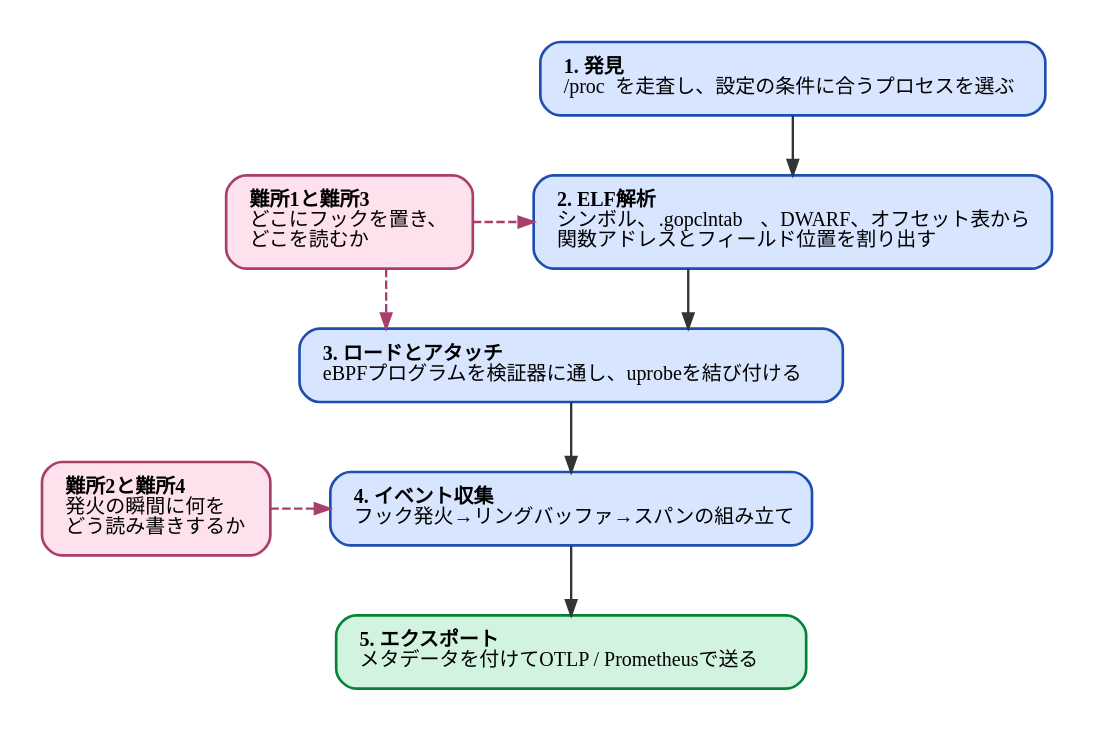
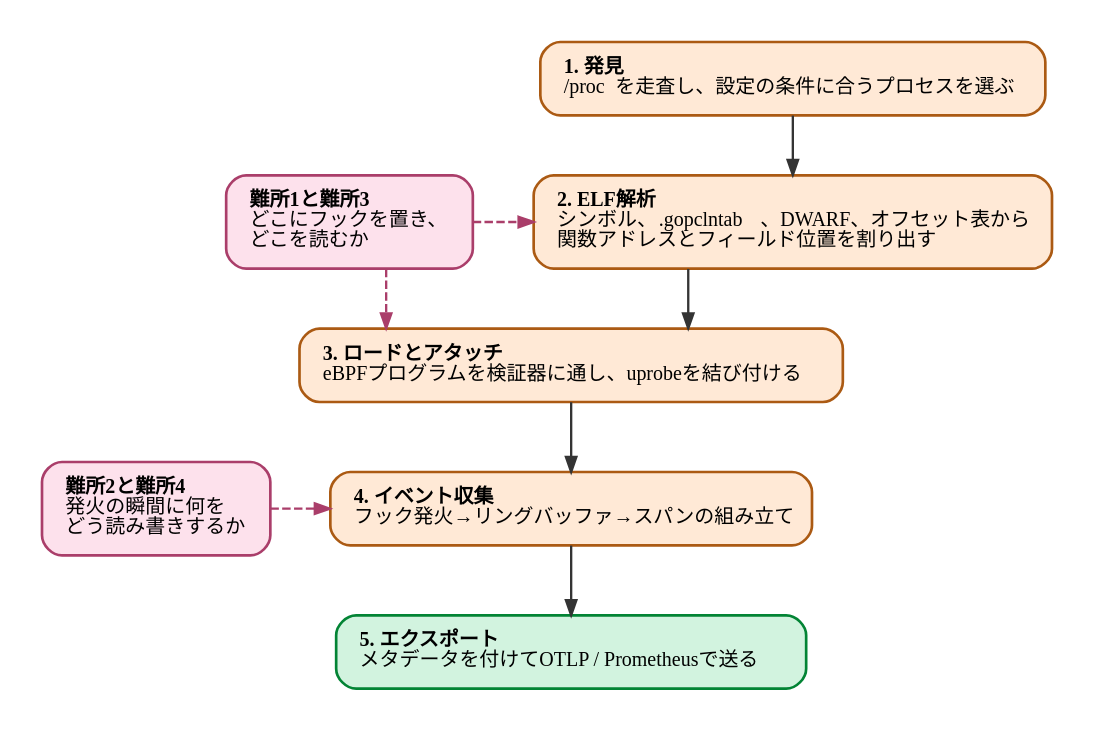
One commit to ymotongpoo/zenn.dev changed the diagram in diagrams/go-ebpf-primer/20260820-obi-pipeline.dot. Above: the diagram before and after it, drawn with Graphviz. The commit also changed 109 other files, not shown here.

First line of the commit message:
change(go-ebpf-primer): 図の主系列/ストレージ/補助カテゴリをPrimary/Secondary色に再調整

```diff
--- a/diagrams/go-ebpf-primer/20260820-obi-pipeline.dot
+++ b/diagrams/go-ebpf-primer/20260820-obi-pipeline.dot
@@ -1,40 +1,40 @@
 // OBIの処理パイプライン
 digraph obi_pipeline {
   graph [
     rankdir=TB, splines=ortho,
     nodesep=0.5, ranksep=0.5, pad=0.25,
     fontname="IBM Plex Sans JP", fontsize=13,
     bgcolor="white"
   ];
   node [
     fontname="IBM Plex Sans JP", fontsize=12,
     shape=box, style="rounded,filled",
     fillcolor="#F1F1F1", color="#4A4A4A", penwidth=1.6,
     margin="0.2,0.14"
   ];
   edge [
     fontname="IBM Plex Sans JP", fontsize=11,
     color="#343434", penwidth=1.4, arrowsize=0.9,
     fontcolor="#171717"
   ];
 
-  discover [label=<<b>1. 発見</b><br align="left"/><font face="JetBrains Mono">/proc</font> を走査し、設定の条件に合うプロセスを選ぶ<br align="left"/>>, fillcolor="#D8E5FF", color="#1D4EB2"];
-  analyze [label=<<b>2. ELF解析</b><br align="left"/>シンボル、<font face="JetBrains Mono">.gopclntab</font>、DWARF、オフセット表から<br align="left"/>関数アドレスとフィールド位置を割り出す<br align="left"/>>, fillcolor="#D8E5FF", color="#1D4EB2"];
-  attach [label=<<b>3. ロードとアタッチ</b><br align="left"/>eBPFプログラムを検証器に通し、uprobeを結び付ける<br align="left"/>>, fillcolor="#D8E5FF", color="#1D4EB2"];
-  collect [label=<<b>4. イベント収集</b><br align="left"/>フック発火→リングバッファ→スパンの組み立て<br align="left"/>>, fillcolor="#D8E5FF", color="#1D4EB2"];
+  discover [label=<<b>1. 発見</b><br align="left"/><font face="JetBrains Mono">/proc</font> を走査し、設定の条件に合うプロセスを選ぶ<br align="left"/>>, fillcolor="#FFE9D6", color="#AB5A13"];
+  analyze [label=<<b>2. ELF解析</b><br align="left"/>シンボル、<font face="JetBrains Mono">.gopclntab</font>、DWARF、オフセット表から<br align="left"/>関数アドレスとフィールド位置を割り出す<br align="left"/>>, fillcolor="#FFE9D6", color="#AB5A13"];
+  attach [label=<<b>3. ロードとアタッチ</b><br align="left"/>eBPFプログラムを検証器に通し、uprobeを結び付ける<br align="left"/>>, fillcolor="#FFE9D6", color="#AB5A13"];
+  collect [label=<<b>4. イベント収集</b><br align="left"/>フック発火→リングバッファ→スパンの組み立て<br align="left"/>>, fillcolor="#FFE9D6", color="#AB5A13"];
   export [label=<<b>5. エクスポート</b><br align="left"/>メタデータを付けてOTLP / Prometheusで送る<br align="left"/>>, fillcolor="#D2F3DF", color="#038435"];
 
   hA [label=<<b>難所1と難所3</b><br align="left"/>どこにフックを置き、<br align="left"/>どこを読むか<br align="left"/>>, fillcolor="#FDE1EC", color="#AA3E6A"];
   hB [label=<<b>難所2と難所4</b><br align="left"/>発火の瞬間に何を<br align="left"/>どう読み書きするか<br align="left"/>>, fillcolor="#FDE1EC", color="#AA3E6A"];
 
   discover -> analyze;
   analyze -> attach;
   attach -> collect;
   collect -> export;
   hA -> analyze [style=dashed, color="#AA3E6A"];
   hA -> attach [style=dashed, color="#AA3E6A"];
   hB -> collect [style=dashed, color="#AA3E6A"];
 
   { rank=same; analyze; hA; }
   { rank=same; collect; hB; }
 }
```
